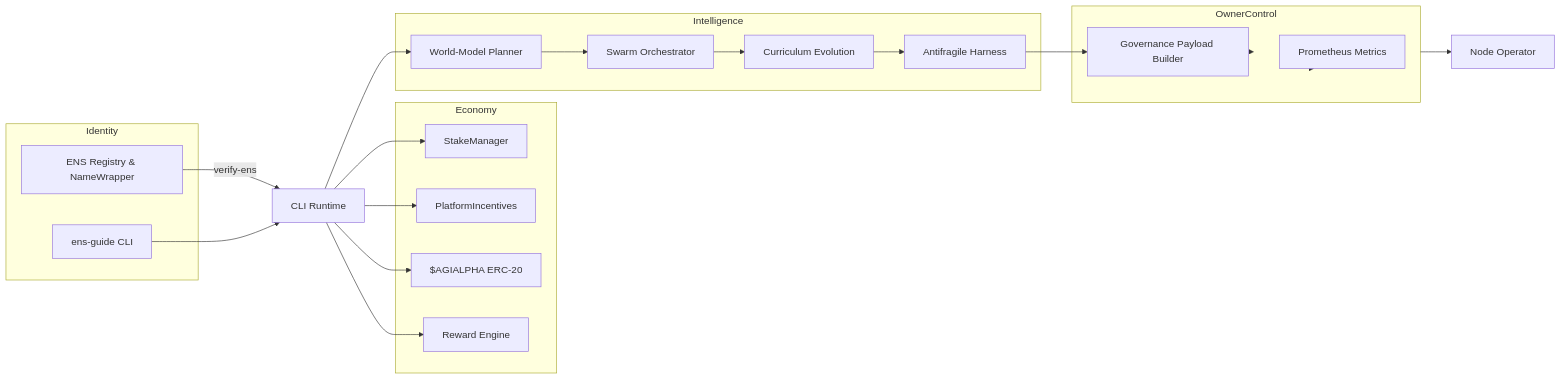
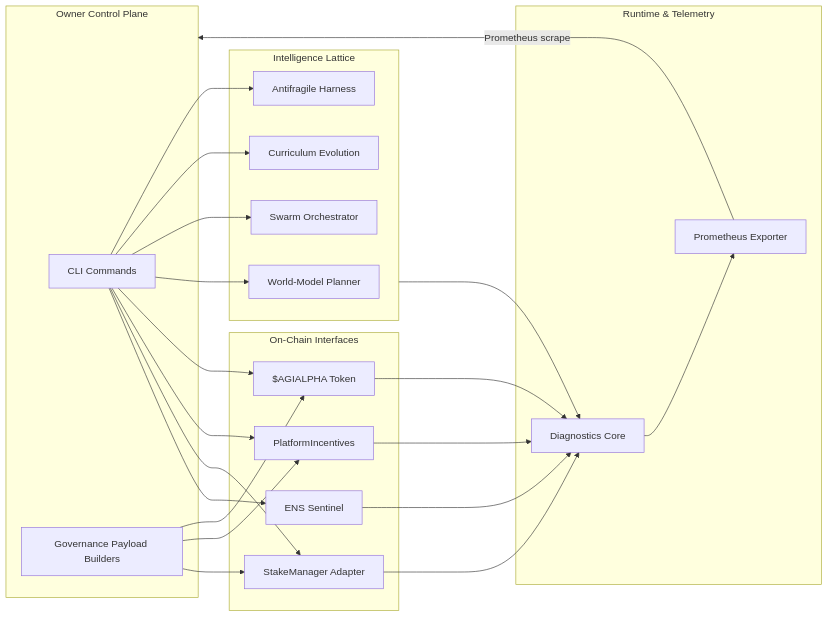
The first of 7 diagrams in README.md (MontrealAI/AGI-Alpha-Node-v0), drawn with Mermaid before and after one commit. The commit also changed other lines of this file, not shown here.

Commit message:
docs: enrich architecture section with control plane diagram

````diff
--- a/README.md
+++ b/README.md
@@ -252,38 +254,44 @@
 ```mermaid
 flowchart LR
-  subgraph Identity
-    ENS[ENS Registry & NameWrapper]
-    Guide[ens-guide CLI]
-  end
-  subgraph Economy
-    Stake[StakeManager]
-    Incentives[PlatformIncentives]
-    Token[$AGIALPHA ERC-20]
-    Rewards[Reward Engine]
-  end
-  subgraph Intelligence
-    Planner[World-Model Planner]
-    Swarm[Swarm Orchestrator]
-    Learning[Curriculum Evolution]
-    Stress[Antifragile Harness]
-  end
-  subgraph OwnerControl
-    Governance[Governance Payload Builder]
-    Telemetry[Prometheus Metrics]
-  end
+    subgraph OwnerControl[Owner Control Plane]
+        CLI[CLI Commands]
+        ControlPayloads[Governance Payload Builders]
+    end
+    subgraph ChainInterface[On-Chain Interfaces]
+        ENS[ENS Sentinel]
+        StakeMgr[StakeManager Adapter]
+        Incentives[PlatformIncentives]
+        Token[$AGIALPHA Token]
+    end
+    subgraph IntelligenceMesh[Intelligence Lattice]
+        Planner[World-Model Planner]
+        Swarm[Swarm Orchestrator]
+        Learning[Curriculum Evolution]
+        Stress[Antifragile Harness]
+    end
+    subgraph Runtime[Runtime & Telemetry]
+        Diagnostics[Diagnostics Core]
+        Metrics[Prometheus Exporter]
+    end
 
-  ENS -->|verify-ens| Runtime
-  Guide --> Runtime[CLI Runtime]
-  Runtime --> Stake
-  Runtime --> Incentives
-  Runtime --> Token
-  Runtime --> Rewards
-  Runtime --> Planner
-  Planner --> Swarm
-  Swarm --> Learning
-  Learning --> Stress
-  Stress --> Governance
-  Governance --> OwnerControl
-  Telemetry --> OwnerControl
-  OwnerControl --> Operator[Node Operator]
+    CLI --> ENS
+    CLI --> StakeMgr
+    CLI --> Incentives
+    CLI --> Token
+    CLI --> Planner
+    CLI --> Swarm
+    CLI --> Learning
+    CLI --> Stress
+
+    ControlPayloads --> StakeMgr
+    ControlPayloads --> Incentives
+    ControlPayloads --> Token
+
+    ENS --> Diagnostics
+    StakeMgr --> Diagnostics
+    Incentives --> Diagnostics
+    Token --> Diagnostics
+    IntelligenceMesh --> Diagnostics
+    Diagnostics --> Metrics
+    Metrics -->|Prometheus scrape| OwnerControl
 ```
````
